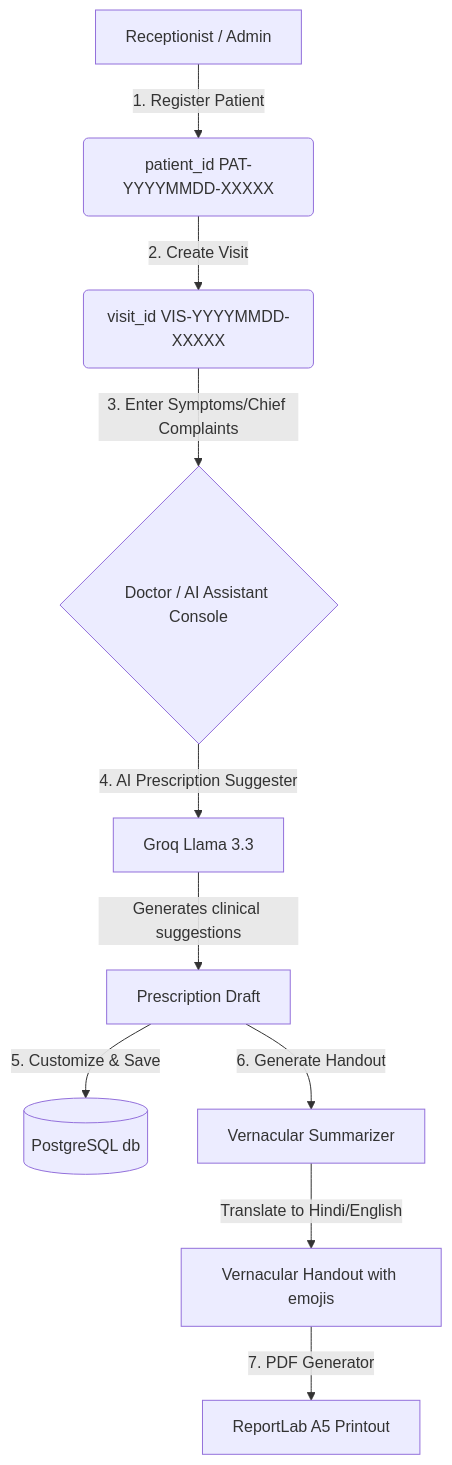
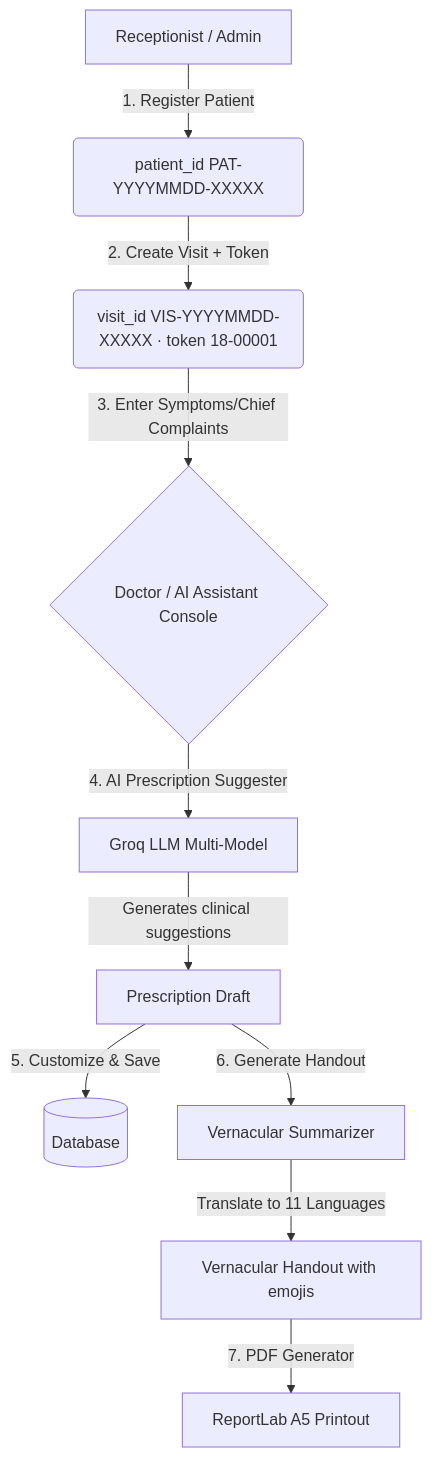
One commit to RiyanshiVerma-11/HospiSynAI changed the first of 7 diagrams in README.md. Above: the diagram before and after it, drawn with Mermaid. The commit also changed other lines of this file, not shown here.

Commit message:
docs: rewrite README with persistent OPD tokens, 4 role dashboards, multi-model AI cascade, local dev quickstart, and updated RBAC/comparison tables

````diff
--- a/README.md
+++ b/README.md
@@ -69,12 +70,12 @@
 ```mermaid
 graph TD
     A[Receptionist / Admin] -->|1. Register Patient| B(patient_id PAT-YYYYMMDD-XXXXX)
-    B -->|2. Create Visit| C(visit_id VIS-YYYYMMDD-XXXXX)
+    B -->|2. Create Visit + Token| C(visit_id VIS-YYYYMMDD-XXXXX · token 18-00001)
     C -->|3. Enter Symptoms/Chief Complaints| D{Doctor / AI Assistant Console}
-    D -->|4. AI Prescription Suggester| E[Groq Llama 3.3]
+    D -->|4. AI Prescription Suggester| E[Groq LLM Multi-Model]
     E -->|Generates clinical suggestions| F[Prescription Draft]
-    F -->|5. Customize & Save| G[(PostgreSQL db)]
+    F -->|5. Customize & Save| G[(Database)]
     F -->|6. Generate Handout| H[Vernacular Summarizer]
-    H -->|Translate to Hindi/English| I[Vernacular Handout with emojis]
+    H -->|Translate to 11 Languages| I[Vernacular Handout with emojis]
     I -->|7. PDF Generator| J[ReportLab A5 Printout]
 ```
````
